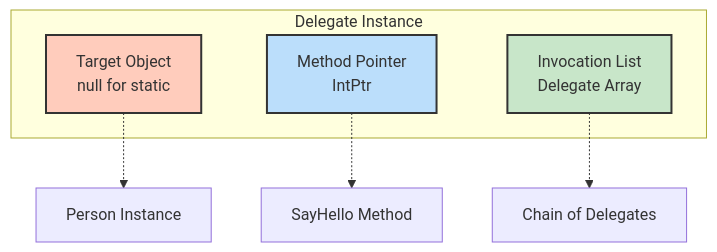
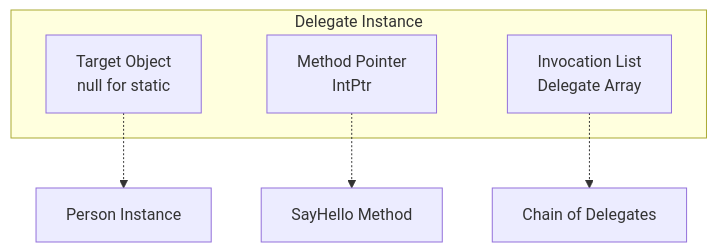
Before and after one commit to NguyenPhamCode4You/ai-home-lab-docker-compose: the second of 10 diagrams in C# fundamentals/day03-delegates-events.md, drawn with Mermaid. The commit also changed other lines of this file, not shown here.

````diff
--- a/C# fundamentals/day03-delegates-events.md
+++ b/C# fundamentals/day03-delegates-events.md
@@ -81,16 +76,12 @@
 ```mermaid
 graph TB
     subgraph "Delegate Instance"
         A[Target Object<br/>null for static]
         B[Method Pointer<br/>IntPtr]
         C[Invocation List<br/>Delegate Array]
     end
 
     A -.-> D[Person Instance]
     B -.-> E[SayHello Method]
     C -.-> F[Chain of Delegates]
-
-    style A fill:#ffccbc,stroke:#333,stroke-width:2px
-    style B fill:#bbdefb,stroke:#333,stroke-width:2px
-    style C fill:#c8e6c9,stroke:#333,stroke-width:2px
 ```
````
